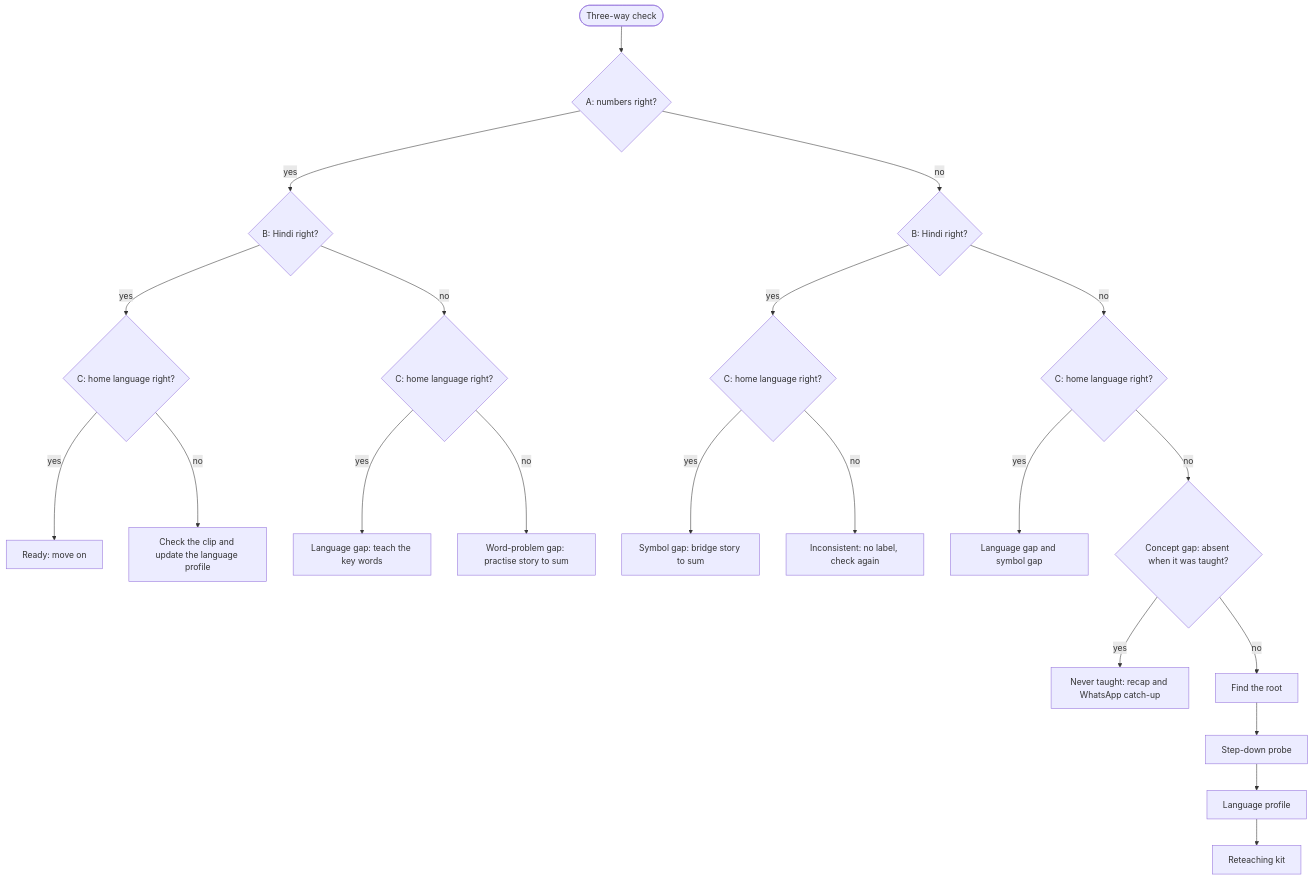
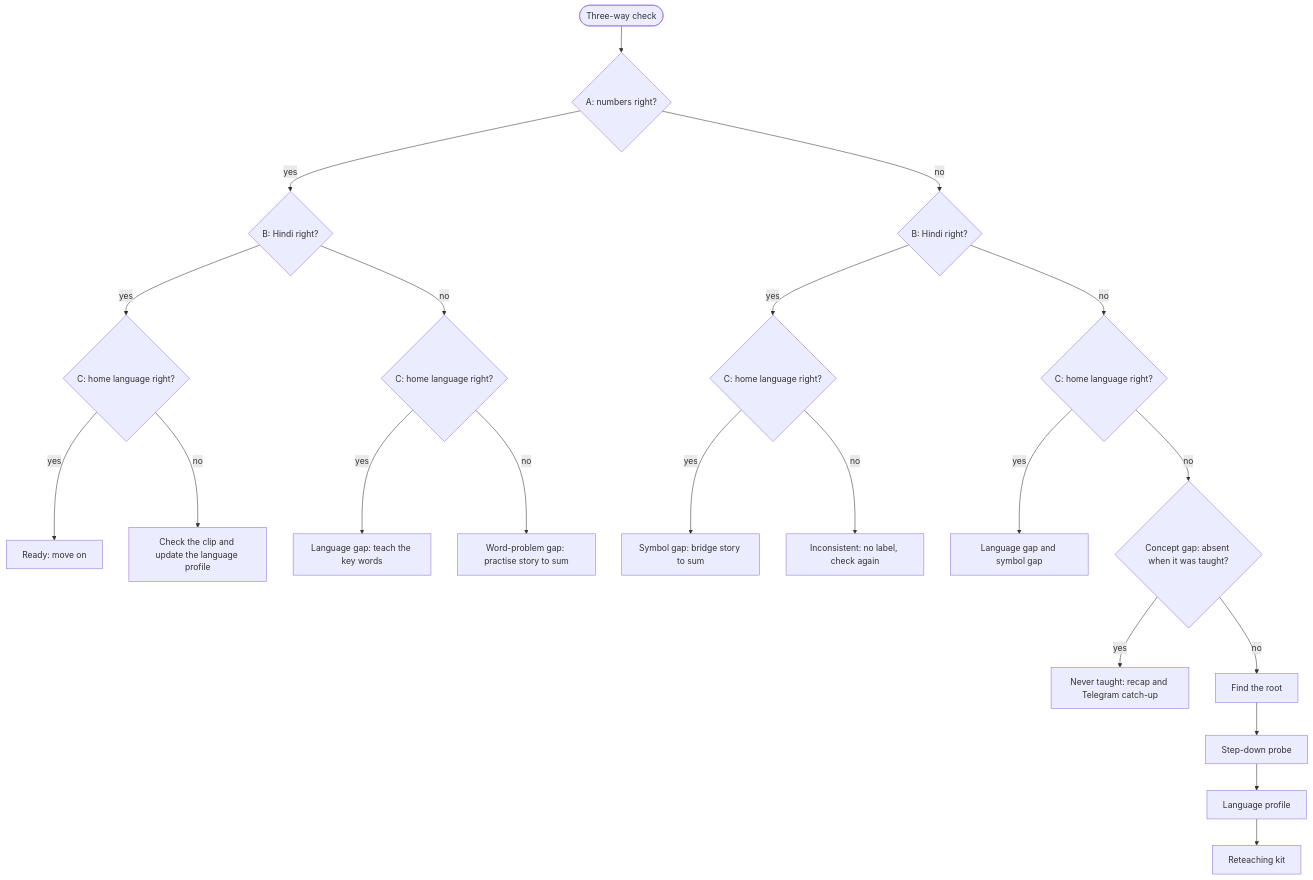
One commit to achintya1812/triveni changed the diagram in resources/IDEA.md. Above: the diagram before and after it, drawn with Mermaid. The commit also changed other lines of this file and 4 other files, not shown here.

First line of the commit message:
Move parent messaging from WhatsApp to a Telegram bot

````diff
--- a/resources/IDEA.md
+++ b/resources/IDEA.md
@@ -70,20 +70,20 @@
 ```mermaid
 flowchart TD
     Start([Three-way check]) --> A{A: numbers right?}
     A -- yes --> AB{B: Hindi right?}
     A -- no --> NB{B: Hindi right?}
     AB -- yes --> ABC{C: home language right?}
     AB -- no --> AXC{C: home language right?}
     NB -- yes --> NBC{C: home language right?}
     NB -- no --> NXC{C: home language right?}
     ABC -- yes --> Ready[Ready: move on]
     ABC -- no --> Clip[Check the clip and update the language profile]
     AXC -- yes --> Lang[Language gap: teach the key words]
     AXC -- no --> Word[Word-problem gap: practise story to sum]
     NBC -- yes --> Sym[Symbol gap: bridge story to sum]
     NBC -- no --> Noise[Inconsistent: no label, check again]
     NXC -- yes --> LangSym[Language gap and symbol gap]
     NXC -- no --> Concept{Concept gap: absent when it was taught?}
-    Concept -- yes --> Never[Never taught: recap and WhatsApp catch-up]
+    Concept -- yes --> Never[Never taught: recap and Telegram catch-up]
     Concept -- no --> Root[Find the root] --> Probe[Step-down probe] --> Profile[Language profile] --> Kit[Reteaching kit]
 ```
````
